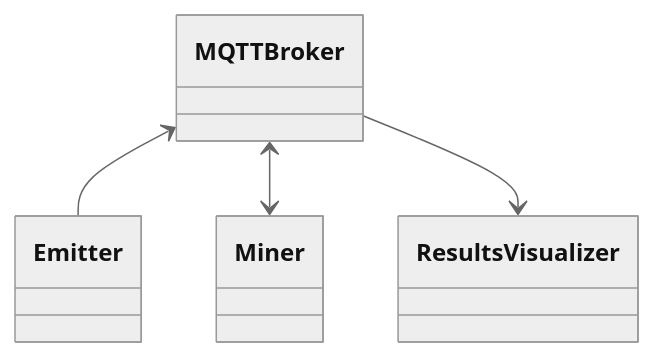
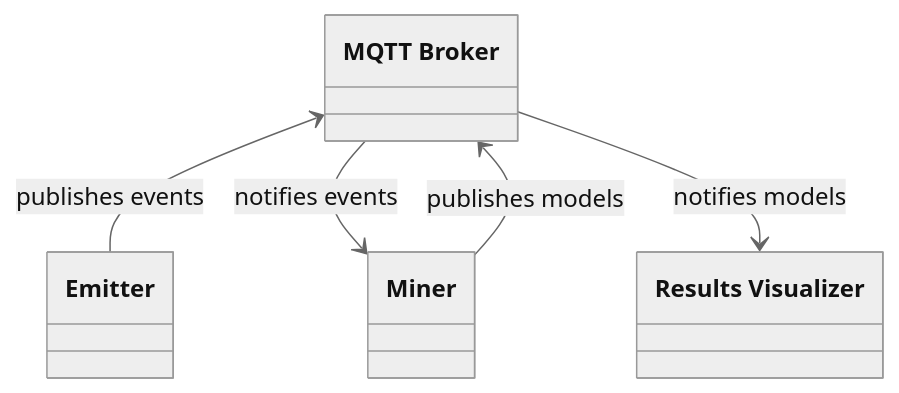
The diagram in docs/examples/pybeamline-full-cicle.md (beamline/docs), drawn with Mermaid (neutral theme) before and after one commit. The commit also changed other lines of this file and 1 other file, not shown here.

```diff
--- a/docs/examples/pybeamline-full-cicle.md
+++ b/docs/examples/pybeamline-full-cicle.md
@@ -6,11 +6,12 @@
 <div class="mermaid">
 classDiagram
   class Emitter
-  class MQTTBroker
+  class `MQTT Broker`
   class Miner
-  class ResultsVisualizer
+  class `Results Visualizer`
 
-  MQTTBroker <-- Emitter
-  MQTTBroker <--> Miner
-  MQTTBroker --> ResultsVisualizer
+  `MQTT Broker` <-- Emitter : publishes events
+  `MQTT Broker` --> Miner : notifies events
+  `MQTT Broker` <-- Miner : publishes models
+  `MQTT Broker` --> `Results Visualizer` : notifies models
 </div>
```
